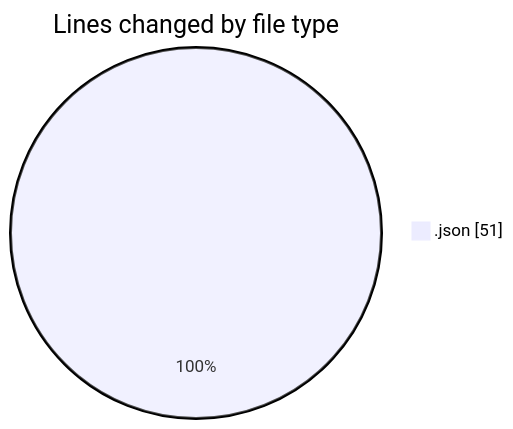
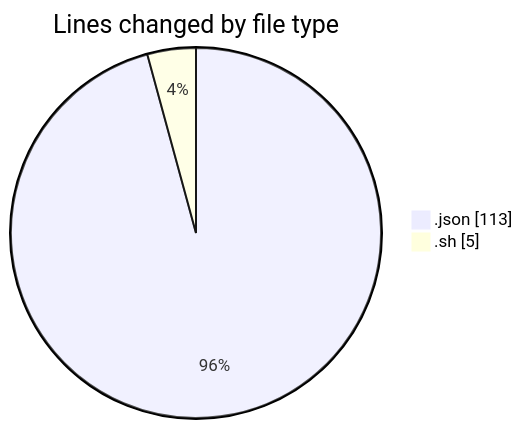
Before and after one commit to EIIisD/code-tracking: the first of 2 diagrams in 2025-07-31/_claude/README.md, drawn with Mermaid. The commit also changed other lines of this file and 1 other file, not shown here.

````diff
--- a/2025-07-31/_claude/README.md
+++ b/2025-07-31/_claude/README.md
@@ -20,5 +21,6 @@
 ```mermaid
 pie showData
 title Lines changed by file type
-".json" : 51
+".json" : 113
+".sh" : 5
 ```
````
